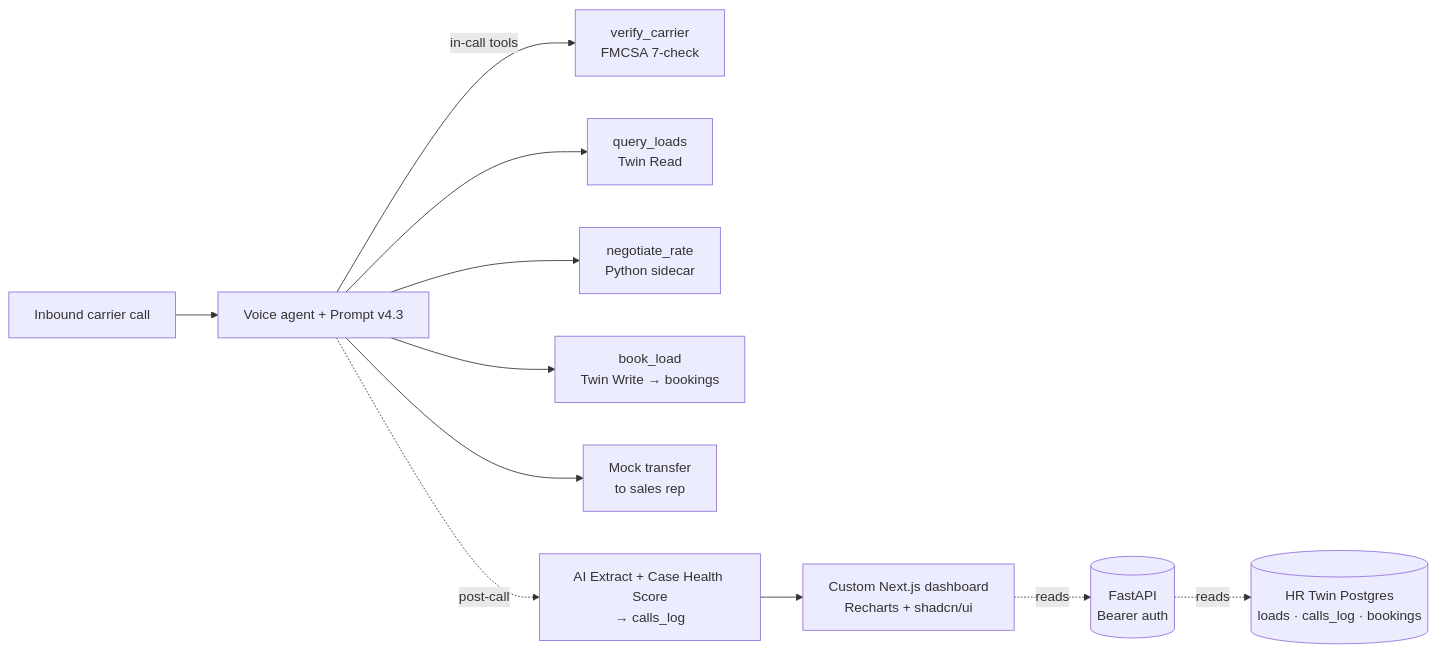
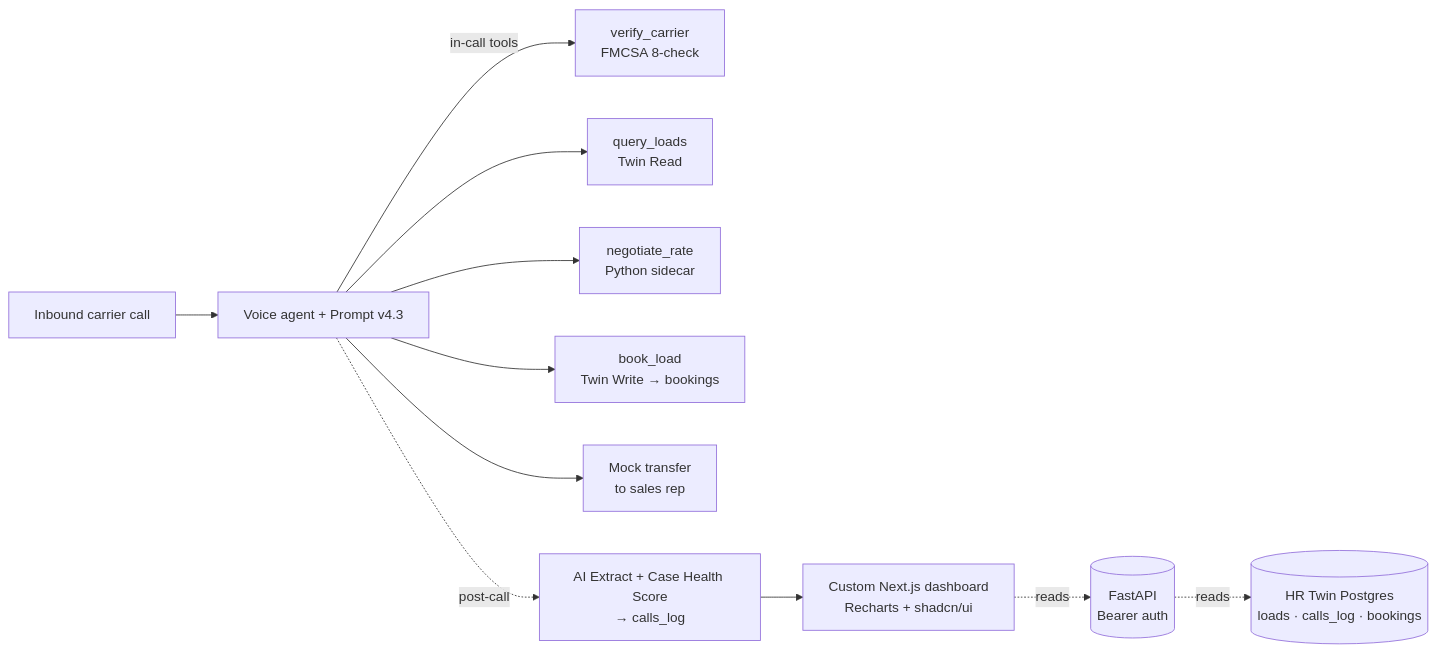
One commit to AndresMorones/Robot changed the diagram in docs/broker-doc.md. Above: the diagram before and after it, drawn with Mermaid. The commit also changed other lines of this file and 3 other files, not shown here.

````diff
--- a/docs/broker-doc.md
+++ b/docs/broker-doc.md
@@ -35,13 +35,13 @@
 ```mermaid
 flowchart LR
   Carrier[Inbound carrier call] --> VA[Voice agent + Prompt v4.3]
-  VA -->|in-call tools| V1[verify_carrier<br/>FMCSA 7-check]
+  VA -->|in-call tools| V1[verify_carrier<br/>FMCSA 8-check]
   VA --> V2[query_loads<br/>Twin Read]
   VA --> V3[negotiate_rate<br/>Python sidecar]
   VA --> V4[book_load<br/>Twin Write → bookings]
   VA --> Mock[Mock transfer<br/>to sales rep]
   VA -.->|post-call| Persist[AI Extract + Case Health Score<br/>→ calls_log]
   Persist --> Dash[Custom Next.js dashboard<br/>Recharts + shadcn/ui]
   Dash -.reads.-> FastAPI[(FastAPI<br/>Bearer auth)]
   FastAPI -.reads.-> Twin[(HR Twin Postgres<br/>loads · calls_log · bookings)]
 ```
````
